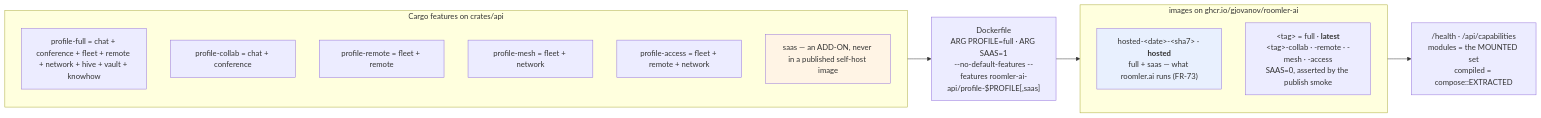
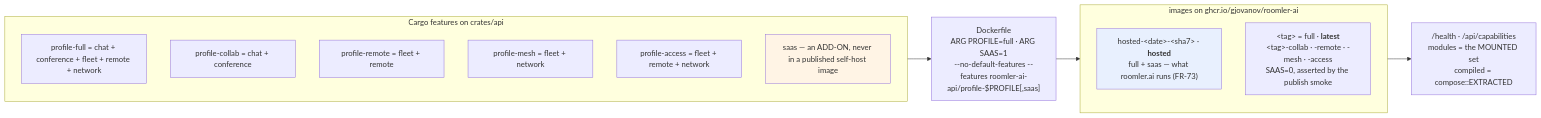
The third of 8 diagrams in docs/modular-monolith.md (gjovanov/roomler-ai), drawn with Mermaid before and after one commit. The commit also changed other lines of this file and 9 other files, not shown here.

````diff
--- a/docs/modular-monolith.md
+++ b/docs/modular-monolith.md
@@ -134,20 +120,20 @@
 ```mermaid
 flowchart LR
     subgraph feats["Cargo features on crates/api"]
-        F1["profile-full = chat + conference + fleet + remote + network + hive + vault + knowhow"]
+        F1["profile-full = chat + conference + fleet + remote + network"]
         F2["profile-collab = chat + conference"]
         F3["profile-remote = fleet + remote"]
         F4["profile-mesh = fleet + network"]
         F5["profile-access = fleet + remote + network"]
         S["saas — an ADD-ON, never in a published self-host image"]
     end
     DF["Dockerfile<br/>ARG PROFILE=full · ARG SAAS=1<br/>--no-default-features --features roomler-ai-api/profile-$PROFILE[,saas]"]
     subgraph images["images on ghcr.io/gjovanov/roomler-ai"]
         H["hosted-&lt;date&gt;-&lt;sha7&gt; · <b>hosted</b><br/>full + saas — what roomler.ai runs (FR-73)"]
         V["&lt;tag&gt; = full · <b>latest</b><br/>&lt;tag&gt;-collab · -remote · -mesh · -access<br/>SAAS=0, asserted by the publish smoke"]
     end
     HEALTH["/health · /api/capabilities<br/>modules = the MOUNTED set<br/>compiled = compose::EXTRACTED"]
     feats --> DF --> images --> HEALTH
     style S fill:#fff4e5
     style H fill:#e8f0fe
 ```
````
